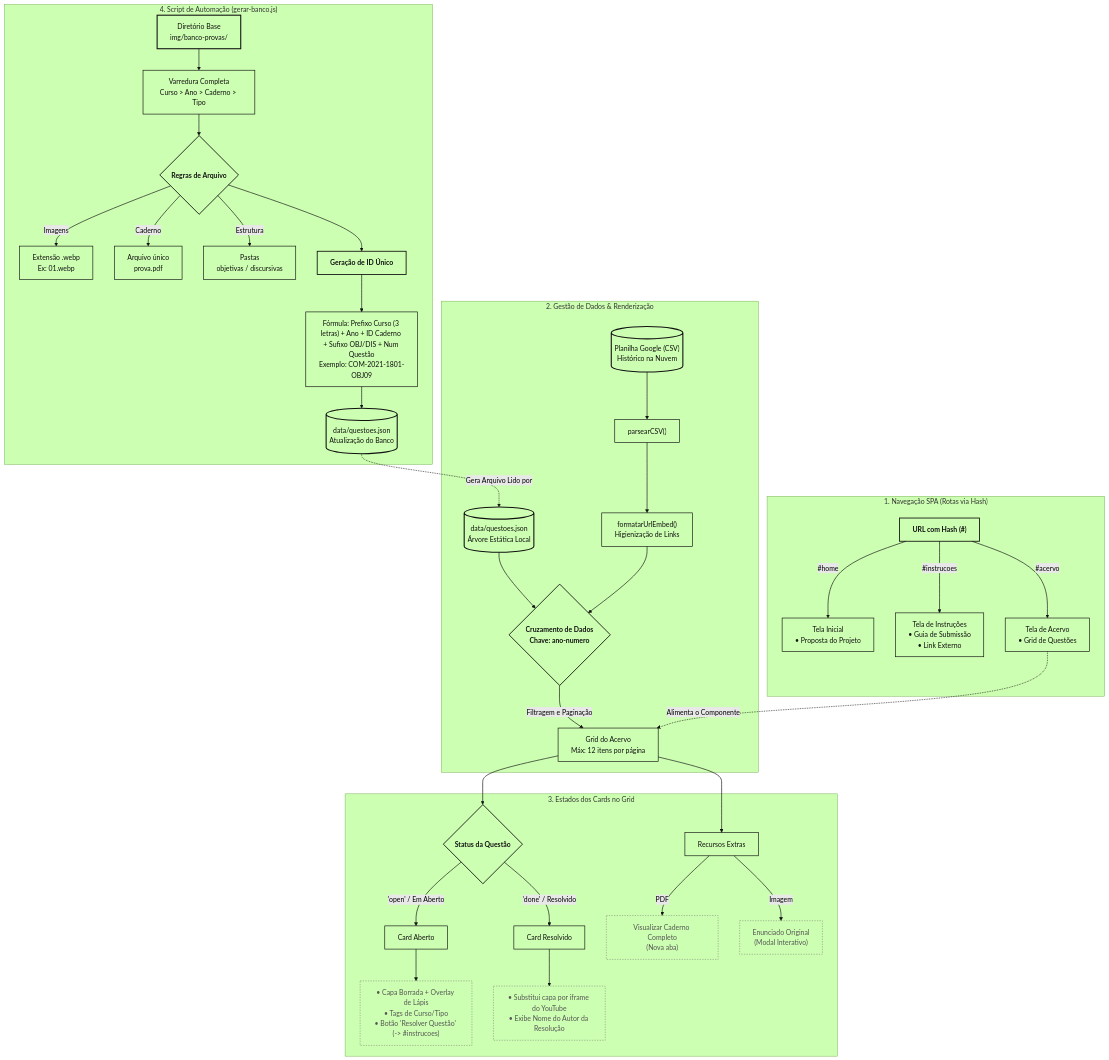
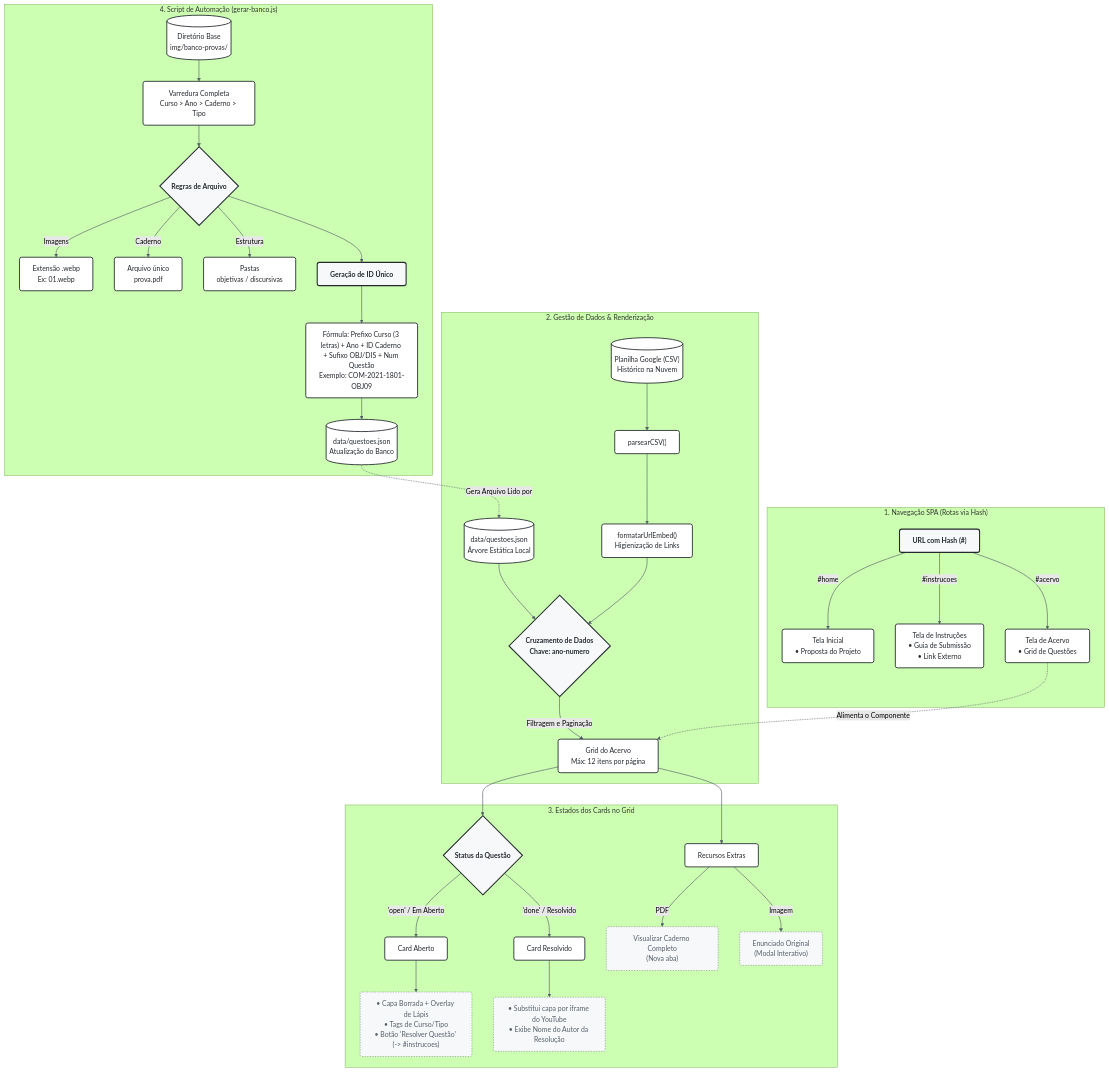
The diagram in README.md (techsiprepare/techsiprepare.github.io), drawn with Mermaid (forest theme) before and after one commit.

Commit message:
chore: atualizar estilos no diagrama README

````diff
--- a/README.md
+++ b/README.md
@@ -88,77 +88,77 @@
 ```mermaid
 graph TD
-    %% Definição de Estilos: Apenas Linhas e Texto (Sem Background)
-    classDef principal fill:none,stroke:#111111,stroke-width:1.5px,color:#111111;
-    classDef secundario fill:none,stroke:#666666,stroke-width:1px,stroke-dasharray: 3 3,color:#555555;
-    classDef dados fill:none,stroke:#111111,stroke-width:2.5px,color:#111111;
-    classDef Destaque fill:none,stroke:#111111,stroke-width:2px,font-weight:bold,color:#111111;
+    %% Definição de Estilos Minimalistas & Outlined (Compatíveis com Dark/Light Mode)
+    classDef principal fill:#ffffff,stroke:#24292f,stroke-width:2px,color:#24292f,rx:5px,ry:5px;
+    classDef secundario fill:#f6f8fa,stroke:#57606a,stroke-width:1px,color:#57606a,stroke-dasharray: 3 3,rx:4px,ry:4px;
+    classDef dados fill:#ffffff,stroke:#24292f,stroke-width:2px,color:#24292f,shape:cylinder;
+    classDef Destaque fill:#f6f8fa,stroke:#24292f,stroke-width:2.5px,color:#24292f,font-weight:bold,rx:5px,ry:5px;
 
     %% 1. NAVEGAÇÃO SPA
     subgraph SPA ["1. Navegação SPA (Rotas via Hash)"]
         R["URL com Hash (#)"] -->|#home| H["Tela Inicial<br>• Proposta do Projeto"]
         R -->|#instrucoes| I["Tela de Instruções<br>• Guia de Submissão<br>• Link Externo"]
         R -->|#acervo| A["Tela de Acervo<br>• Grid de Questões"]
     end
     class R Destaque;
     class H,I,A principal;
 
     %% 2. GESTÃO E MERGE DE DADOS
     subgraph DATA ["2. Gestão de Dados & Renderização"]
         JSON[("data/questoes.json<br>Árvore Estática Local")] --> Merge{"Cruzamento de Dados<br>Chave: ano-numero"}
         CSV[("Planilha Google (CSV)<br>Histórico na Nuvem")] --> Parser["parsearCSV()"]
         
         Parser --> Clean["formatarUrlEmbed()<br>Higienização de Links"]
         Clean --> Merge
         
         Merge -->|Filtragem e Paginação| Grid["Grid do Acervo<br>Máx: 12 itens por página"]
     end
     class JSON,CSV dados;
     class Merge Destaque;
     class Parser,Clean,Grid principal;
 
     %% 3. ESTADOS DOS CARDS
     subgraph CARDS ["3. Estados dos Cards no Grid"]
         Grid --> CardOpen{"Status da Questão"}
         
         %% Estado Open
         CardOpen -->|'open' / Em Aberto| CO["Card Aberto"]
         CO --> CO_Detalhe["• Capa Borrada + Overlay de Lápis<br>• Tags de Curso/Tipo<br>• Botão 'Resolver Questão' (-> #instrucoes)"]
         
         %% Estado Done
         CardOpen -->|'done' / Resolvido| CD["Card Resolvido"]
         CD --> CD_Detalhe["• Substitui capa por iframe do YouTube<br>• Exibe Nome do Autor da Resolução"]
         
         %% Recursos Extras
         Grid --> Extra["Recursos Extras"]
         Extra -->|PDF| E1["Visualizar Caderno Completo<br>(Nova aba)"]
         Extra -->|Imagem| E2["Enunciado Original<br>(Modal Interativo)"]
     end
     class CardOpen Destaque;
     class CO,CD,Extra principal;
     class CO_Detalhe,CD_Detalhe,E1,E2 secundario;
 
     %% 4. AUTOMAÇÃO
     subgraph AUTOMATION ["4. Script de Automação (gerar-banco.js)"]
-        Folder["Diretório Base<br>img/banco-provas/"] --> Scan["Varredura Completa<br>Curso > Ano > Caderno > Tipo"]
+        Folder[("Diretório Base<br>img/banco-provas/")] --> Scan["Varredura Completa<br>Curso > Ano > Caderno > Tipo"]
         Scan --> Rules{"Regras de Arquivo"}
         
         Rules -->|Imagens| R1["Extensão .webp<br>Ex: 01.webp"]
         Rules -->|Caderno| R2["Arquivo único<br>prova.pdf"]
         Rules -->|Estrutura| R3["Pastas<br>objetivas / discursivas"]
         
         Rules --> ID["Geração de ID Único"]
         ID --> IDF["Fórmula: Prefixo Curso (3 letras) + Ano + ID Caderno + Sufixo OBJ/DIS + Num Questão<br>Exemplo: COM-2021-1801-OBJ09"]
         
         IDF --> Output[("data/questoes.json<br>Atualização do Banco")]
     end
     class Folder,Output dados;
     class Rules,ID Destaque;
     class Scan,R1,R2,R3,IDF principal;
 
     %% Conexões entre blocos principais
     A -.->|Alimenta o Componente| Grid
     Output -.->|Gera Arquivo Lido por| JSON
 
-    %% Ajuste de links para melhor visualização
-    linkStyle default stroke:#111111,stroke-width:1.5px;
+    %% Estilização das Linhas (Dark Mode Friendly)
+    linkStyle default stroke:#57606a,stroke-width:1.5px;
 ```
````
